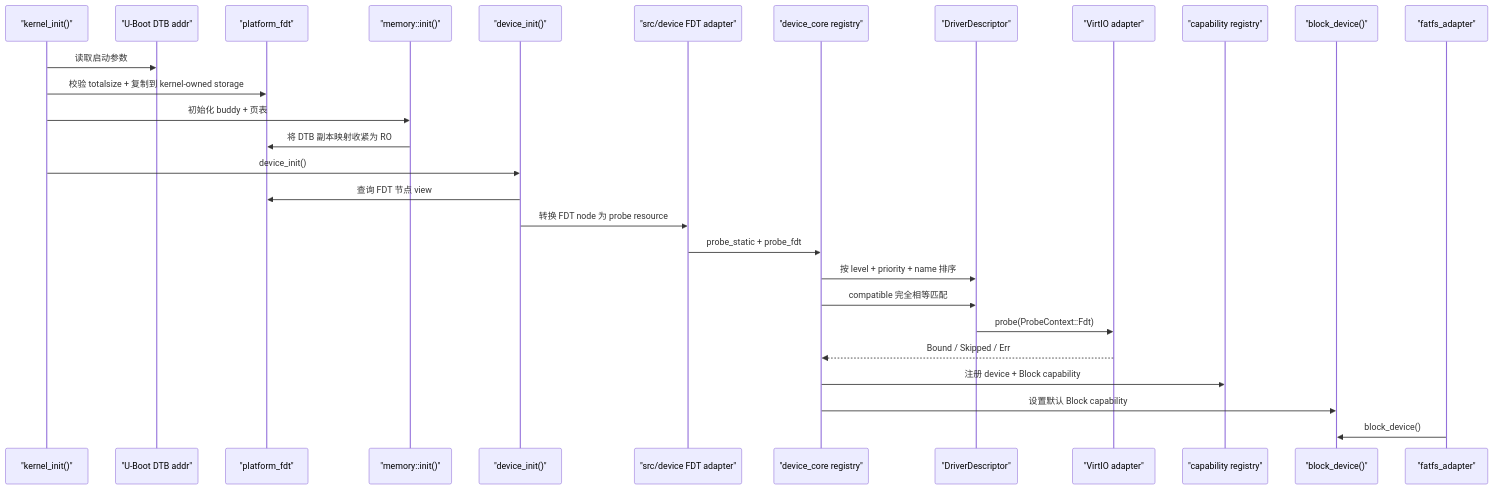
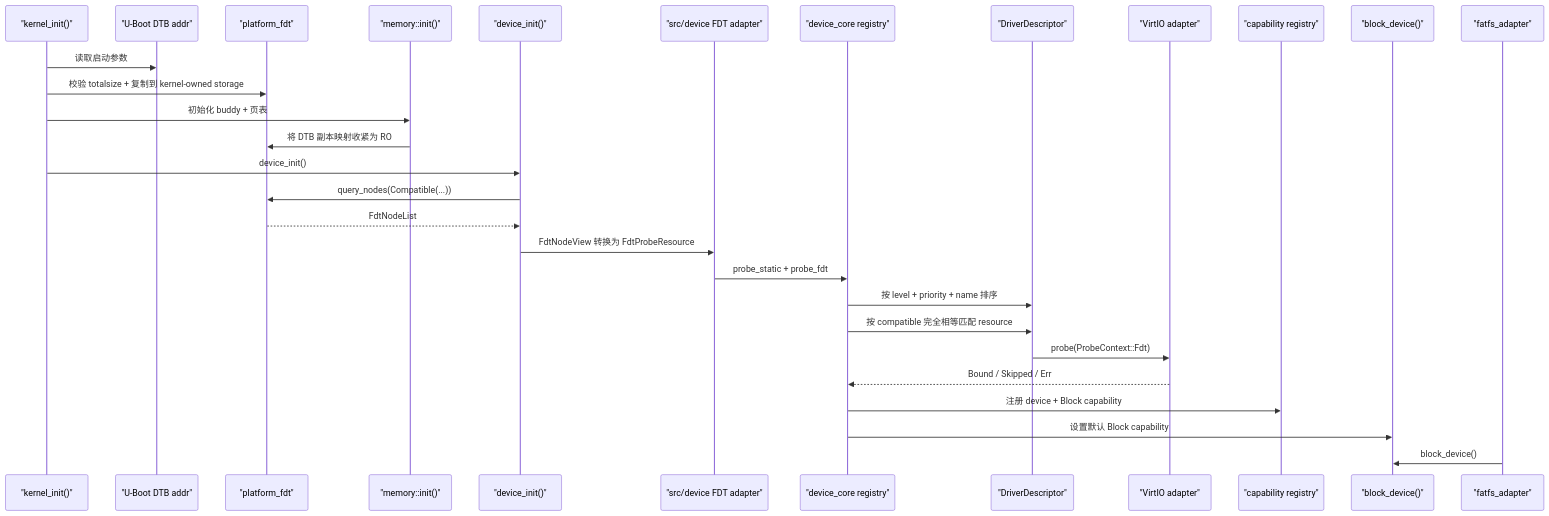
The second of 2 diagrams in docs/design/device-d2-driver-descriptor-probe.md (MRNIU/SimpleKernel), drawn with Mermaid before and after one commit. The commit also changed other lines of this file and 1 other file, not shown here.

First line of the commit message:
docs(device): align D2 registry design with platform_fdt

````diff
--- a/docs/design/device-d2-driver-descriptor-probe.md
+++ b/docs/design/device-d2-driver-descriptor-probe.md
@@ -177,31 +184,32 @@
 ```mermaid
 sequenceDiagram
   participant Boot as "kernel_init()"
   participant RawDtb as "U-Boot DTB addr"
   participant PlatformFdt as "platform_fdt"
   participant Memory as "memory::init()"
   participant Device as "device_init()"
   participant Adapter as "src/device FDT adapter"
   participant Core as "device_core registry"
   participant Desc as "DriverDescriptor"
   participant Virtio as "VirtIO adapter"
   participant Capability as "capability registry"
   participant Block as "block_device()"
   participant Fs as "fatfs_adapter"
 
   Boot->>RawDtb: 读取启动参数
   Boot->>PlatformFdt: 校验 totalsize + 复制到 kernel-owned storage
   Boot->>Memory: 初始化 buddy + 页表
   Memory->>PlatformFdt: 将 DTB 副本映射收紧为 RO
   Boot->>Device: device_init()
-  Device->>PlatformFdt: 查询 FDT 节点 view
-  Device->>Adapter: 转换 FDT node 为 probe resource
+  Device->>PlatformFdt: query_nodes(Compatible(...))
+  PlatformFdt-->>Device: FdtNodeList
+  Device->>Adapter: FdtNodeView 转换为 FdtProbeResource
   Adapter->>Core: probe_static + probe_fdt
   Core->>Desc: 按 level + priority + name 排序
-  Core->>Desc: compatible 完全相等匹配
+  Core->>Desc: 按 compatible 完全相等匹配 resource
   Desc->>Virtio: probe(ProbeContext::Fdt)
   Virtio-->>Core: Bound / Skipped / Err
   Core->>Capability: 注册 device + Block capability
   Core->>Block: 设置默认 Block capability
   Fs->>Block: block_device()
 ```
````
